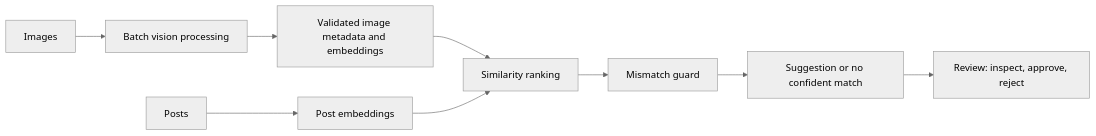
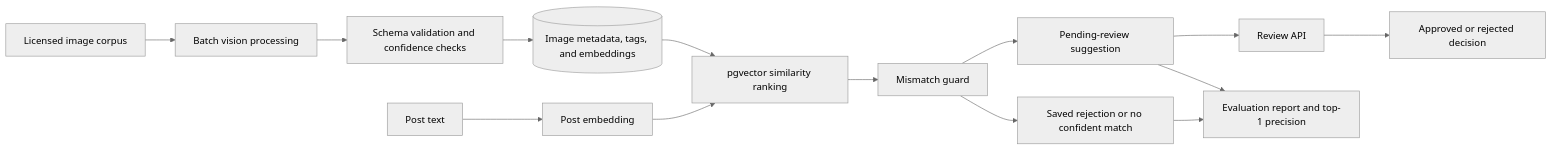
The diagram in README.md (CodeJamjamzz/flyrank-capstone-image-relevance), drawn with Mermaid (neutral theme) before and after one commit. The commit also changed other lines of this file and 18 other files, not shown here.

Commit message:
feat(image-relevance): add review and evaluation layer

````diff
--- a/README.md
+++ b/README.md
@@ -7,11 +7,16 @@
 ```mermaid
 flowchart LR
-    A[Images] --> B[Batch vision processing]
-    B --> C[Validated image metadata and embeddings]
-    D[Posts] --> E[Post embeddings]
-    C --> F[Similarity ranking]
-    E --> F
-    F --> G[Mismatch guard]
-    G --> H[Suggestion or no confident match]
-    H --> I[Review: inspect, approve, reject]
+    A[Licensed image corpus] --> B[Batch vision processing]
+    B --> C[Schema validation and confidence checks]
+    C --> D[(Image metadata, tags, and embeddings)]
+    E[Post text] --> F[Post embedding]
+    D --> G[pgvector similarity ranking]
+    F --> G
+    G --> H[Mismatch guard]
+    H --> I[Pending-review suggestion]
+    H --> J[Saved rejection or no confident match]
+    I --> K[Review API]
+    K --> L[Approved or rejected decision]
+    I --> M[Evaluation report and top-1 precision]
+    J --> M
 ```
````
